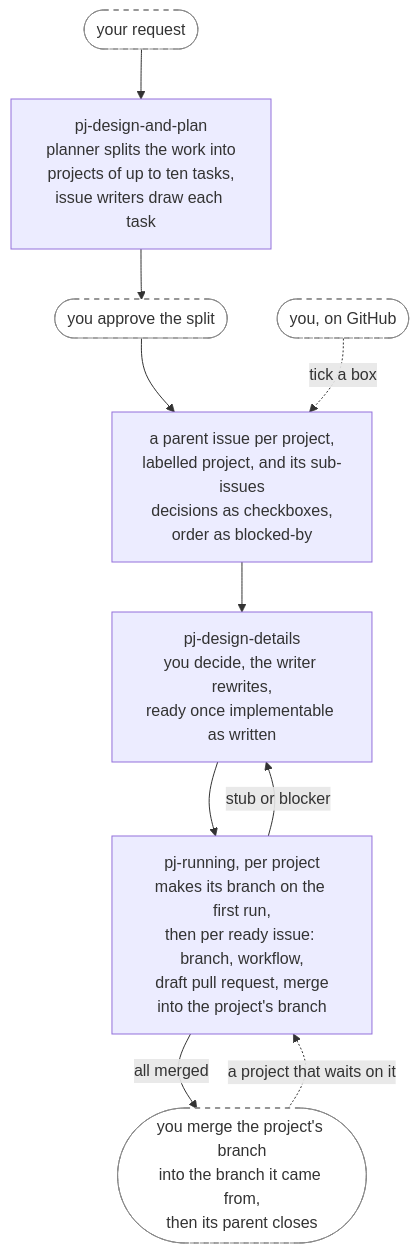
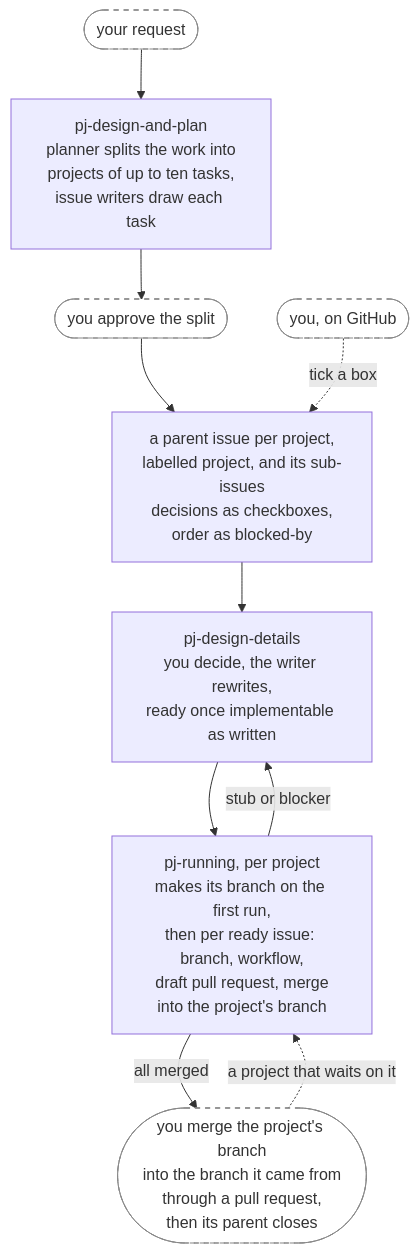
The second of 3 diagrams in plugins/annetaan/README.md (annetaan/claude-plugins), drawn with Mermaid before and after one commit. The commit also changed other lines of this file and 4 other files, not shown here.

Commit message:
fix: merge pj bases through a pull request, and anticipate fast-forwarded bases in --check

````diff
--- a/plugins/annetaan/README.md
+++ b/plugins/annetaan/README.md
@@ -141,15 +141,15 @@
 ```mermaid
 flowchart TD
     req(["your request"]) --> plan["pj-design-and-plan<br/>planner splits the work into<br/>projects of up to ten tasks,<br/>issue writers draw each task"]
     plan --> approve(["you approve the split"]) --> filed["a parent issue per project,<br/>labelled project, and its sub-issues<br/>decisions as checkboxes,<br/>order as blocked-by"]
     filed --> details["pj-design-details<br/>you decide, the writer rewrites,<br/>ready once implementable as written"]
     details --> run["pj-running, per project<br/>makes its branch on the first run,<br/>then per ready issue: branch, workflow,<br/>draft pull request, merge<br/>into the project's branch"]
     run -->|"stub or blocker"| details
-    run -->|"all merged"| done(["you merge the project's branch<br/>into the branch it came from,<br/>then its parent closes"])
+    run -->|"all merged"| done(["you merge the project's branch<br/>into the branch it came from<br/>through a pull request,<br/>then its parent closes"])
     done -.->|"a project that waits on it"| run
 
     you(["you, on GitHub"]) -.->|"tick a box"| filed
 
     classDef human fill:#fff,stroke:#888,stroke-dasharray: 5 5
     class req,approve,you,done human
 ```
````
